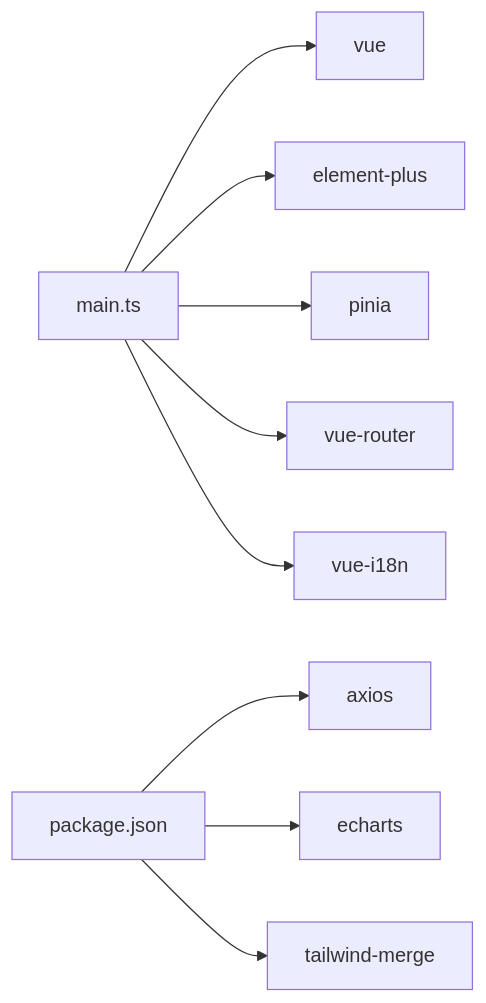
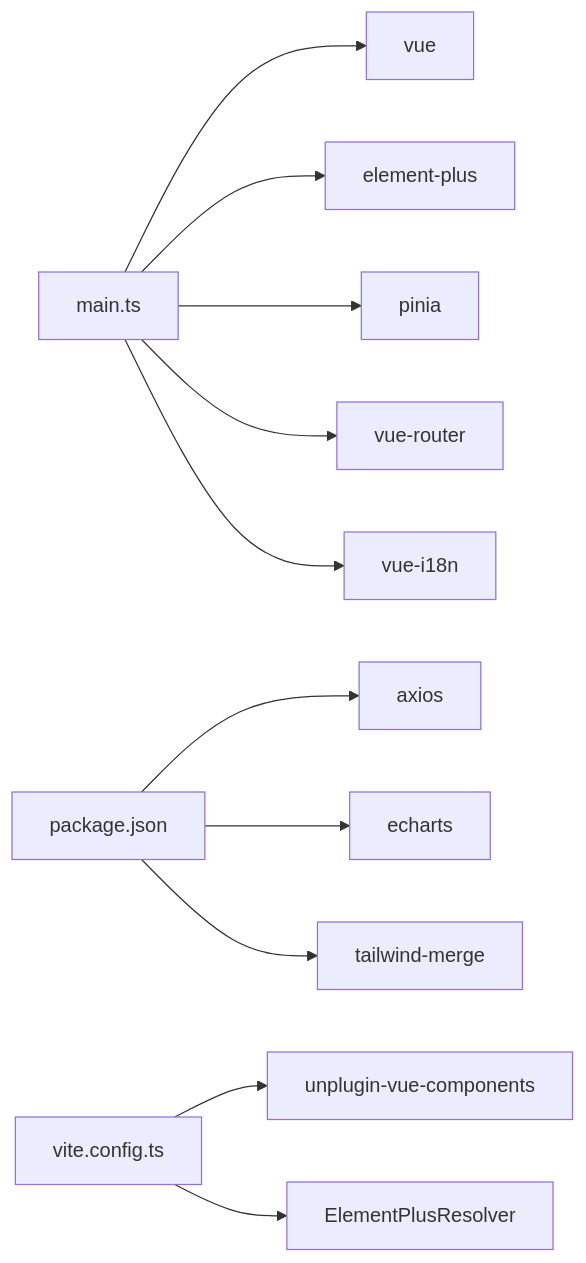
Before and after one commit to likele001/cenkor_mes: diagram 12 of 12 in .qoder/repowiki/zh/content/前端多端架构/PC 管理后台（frontend-admin-pro）.md, drawn with Mermaid. The commit also changed other lines of this file and 213 other files, not shown here.

````diff
--- a/.qoder/repowiki/zh/content/前端多端架构/PC 管理后台（frontend-admin-pro）.md
+++ b/.qoder/repowiki/zh/content/前端多端架构/PC 管理后台（frontend-admin-pro）.md
@@ -320,11 +403,13 @@
 ```mermaid
 graph LR
 Main["main.ts"] --> Vue["vue"]
 Main --> ElementPlus["element-plus"]
 Main --> Pinia["pinia"]
 Main --> Router["vue-router"]
 Main --> I18n["vue-i18n"]
 Package["package.json"] --> Axios["axios"]
 Package --> ECharts["echarts"]
 Package --> TailwindMerge["tailwind-merge"]
+Vite["vite.config.ts"] --> Components["unplugin-vue-components"]
+Vite --> Resolvers["ElementPlusResolver"]
 ```
````
